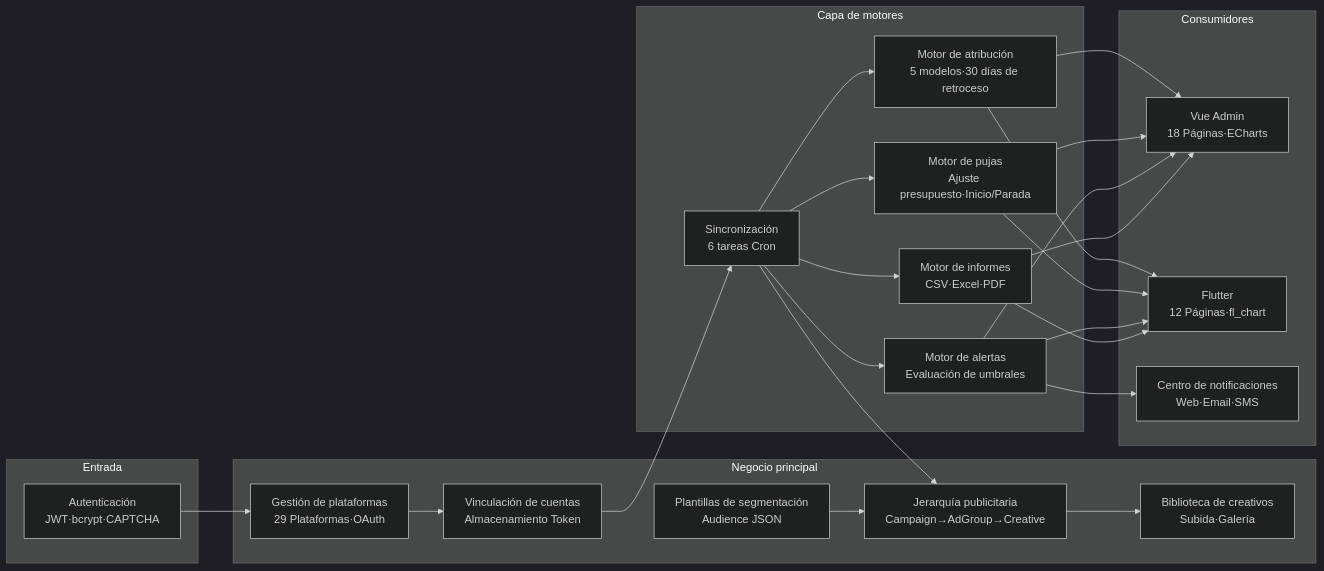
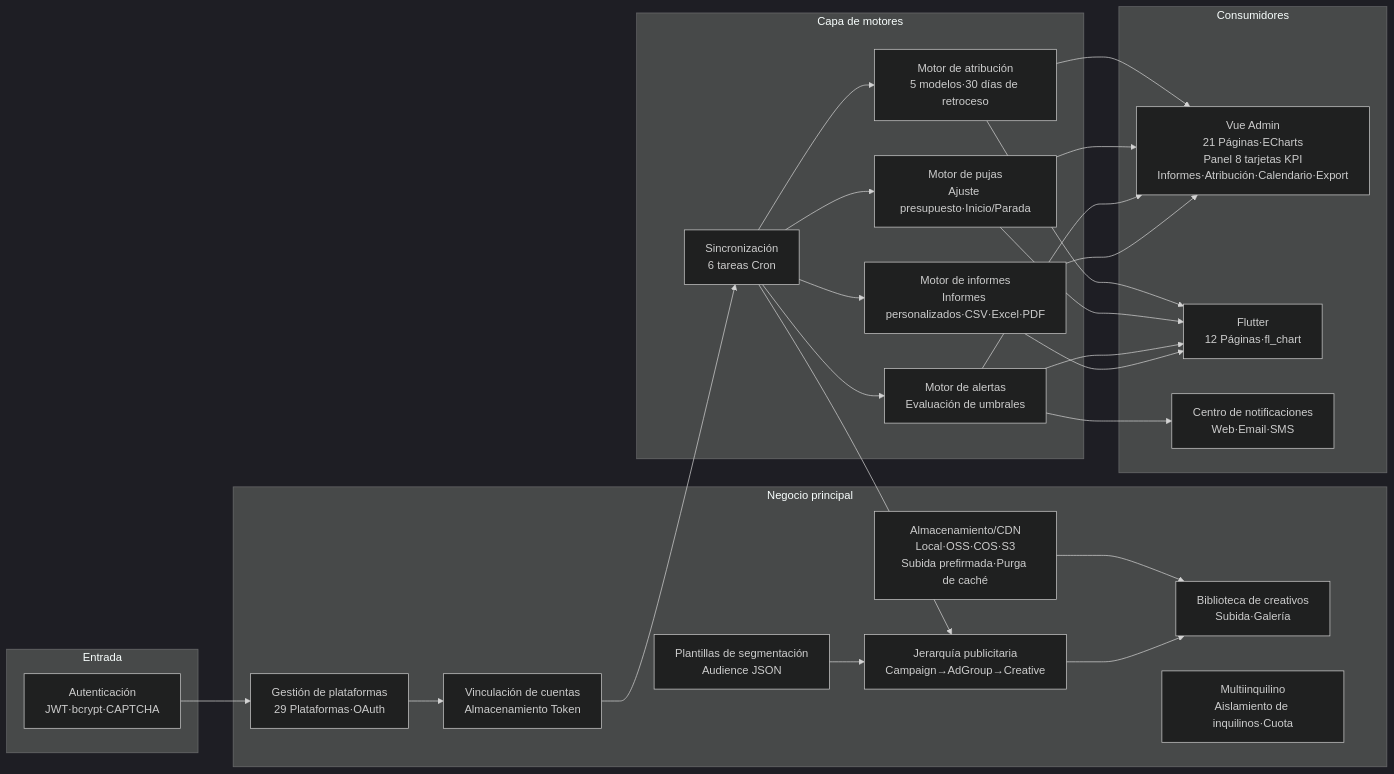
Before and after one commit to erikwang2013/ads-php: the diagram in docs/diagrams/svg/functional-modules.es.mmd, drawn with Mermaid (dark theme). The commit also changed 64 other files, not shown here.

First line of the commit message:
docs(usage): 使用说明文档 ×13 语言 + 功能模块图更新 + README 使用说明链接

```diff
--- a/docs/diagrams/svg/functional-modules.es.mmd
+++ b/docs/diagrams/svg/functional-modules.es.mmd
@@ -1,29 +1,32 @@
 graph LR
     subgraph Entry["Entrada"]
         A1["Autenticación<br/>JWT·bcrypt·CAPTCHA"]
     end
     subgraph Core["Negocio principal"]
         B1["Gestión de plataformas<br/>29 Plataformas·OAuth"]
         B2["Vinculación de cuentas<br/>Almacenamiento Token"]
         B3["Jerarquía publicitaria<br/>Campaign→AdGroup→Creative"]
         B4["Biblioteca de creativos<br/>Subida·Galería"]
         B5["Plantillas de segmentación<br/>Audience JSON"]
+        B6["Almacenamiento/CDN<br/>Local·OSS·COS·S3<br/>Subida prefirmada·Purga de caché"]
+        B7["Multiinquilino<br/>Aislamiento de inquilinos·Cuota"]
     end
     subgraph Engine["Capa de motores"]
         C1["Sincronización<br/>6 tareas Cron"]
-        C2["Motor de informes<br/>CSV·Excel·PDF"]
+        C2["Motor de informes<br/>Informes personalizados·CSV·Excel·PDF"]
         C3["Motor de alertas<br/>Evaluación de umbrales"]
         C4["Motor de pujas<br/>Ajuste presupuesto·Inicio/Parada"]
         C5["Motor de atribución<br/>5 modelos·30 días de retroceso"]
     end
     subgraph Endpoint["Consumidores"]
-        D1["Vue Admin<br/>18 Páginas·ECharts"]
+        D1["Vue Admin<br/>21 Páginas·ECharts<br/>Panel 8 tarjetas KPI<br/>Informes·Atribución·Calendario·Export"]
         D2["Flutter<br/>12 Páginas·fl_chart"]
         D3["Centro de notificaciones<br/>Web·Email·SMS"]
     end
     A1 --> B1 --> B2 --> C1
     C1 --> B3 --> B4
     B5 --> B3
+    B6 --> B4
     C1 --> C2 & C3 & C4 & C5
     C2 & C3 & C4 & C5 --> D1 & D2
     C3 --> D3
```
